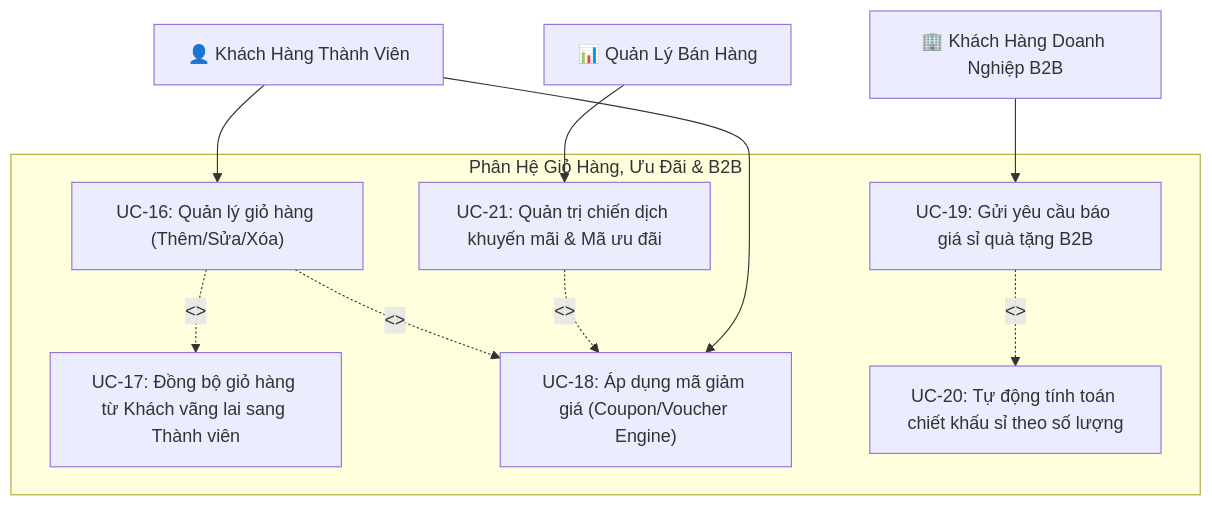
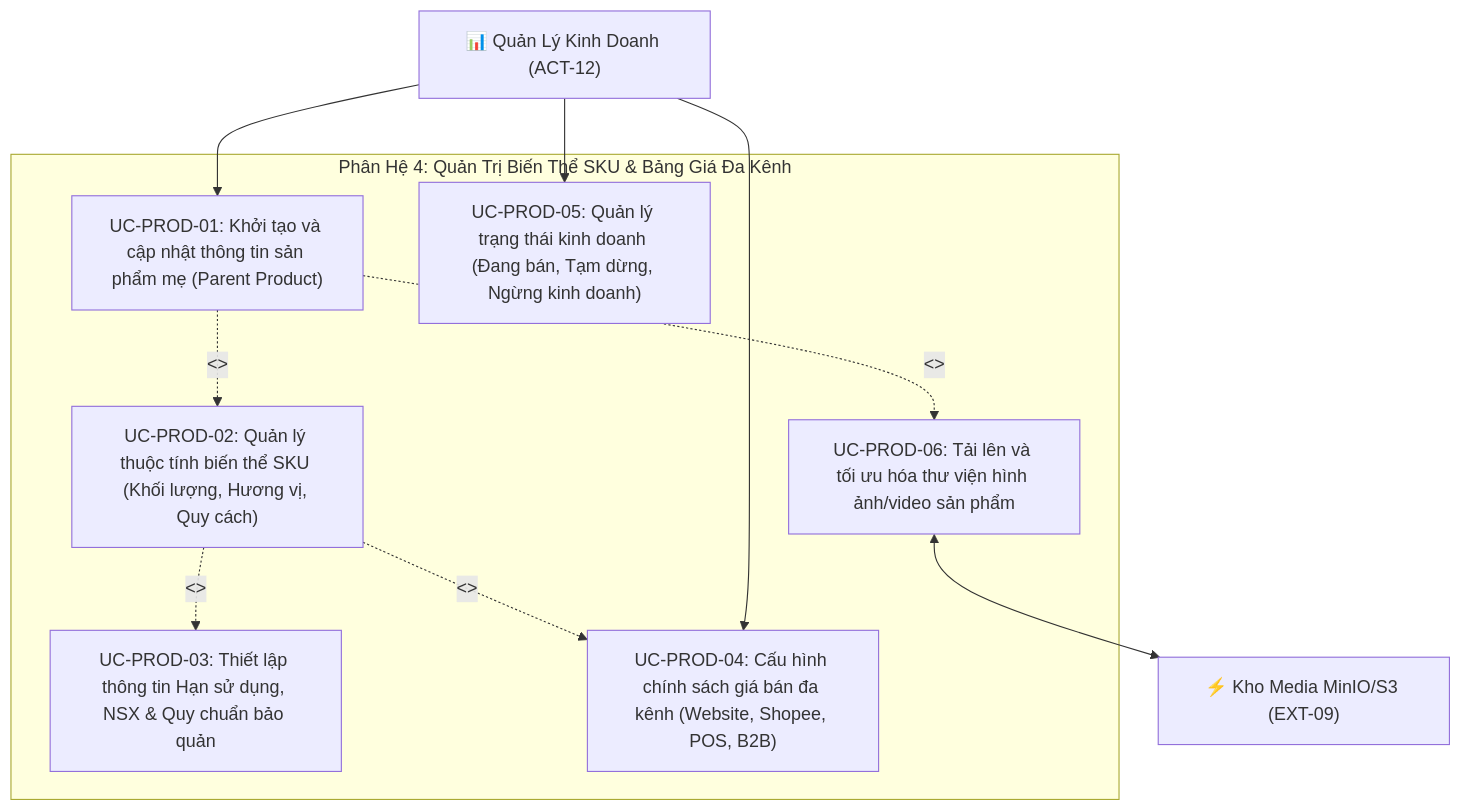
One commit to hvduong2k5/DUT.PBL6 changed the sixth of 16 diagrams in docs/01_requirements/use_case_specification.md. Above: the diagram before and after it, drawn with Mermaid. The commit also changed other lines of this file, not shown here.

````diff
--- a/docs/01_requirements/use_case_specification.md
+++ b/docs/01_requirements/use_case_specification.md
@@ -289,26 +500,25 @@
 ```mermaid
 graph TB
-    Customer["👤 Khách Hàng Thành Viên"]
-    B2B["🏢 Khách Hàng Doanh Nghiệp B2B"]
-    Manager["📊 Quản Lý Bán Hàng"]
+    SalesMgr["📊 Quản Lý Kinh Doanh (ACT-12)"]
+    Ext_Storage["⚡ Kho Media MinIO/S3 (EXT-09)"]
 
-    subgraph Cart_Subsystem ["Phân Hệ Giỏ Hàng, Ưu Đãi & B2B"]
-        UC16["UC-16: Quản lý giỏ hàng (Thêm/Sửa/Xóa)"]
-        UC17["UC-17: Đồng bộ giỏ hàng từ Khách vãng lai sang Thành viên"]
-        UC18["UC-18: Áp dụng mã giảm giá (Coupon/Voucher Engine)"]
-        UC19["UC-19: Gửi yêu cầu báo giá sỉ quà tặng B2B"]
-        UC20["UC-20: Tự động tính toán chiết khấu sỉ theo số lượng"]
-        UC21["UC-21: Quản trị chiến dịch khuyến mãi & Mã ưu đãi"]
+    subgraph Subsystem_Catalog ["Phân Hệ 4: Quản Trị Biến Thể SKU & Bảng Giá Đa Kênh"]
+        UC_PROD_01["UC-PROD-01: Khởi tạo và cập nhật thông tin sản phẩm mẹ (Parent Product)"]
+        UC_PROD_02["UC-PROD-02: Quản lý thuộc tính biến thể SKU (Khối lượng, Hương vị, Quy cách)"]
+        UC_PROD_03["UC-PROD-03: Thiết lập thông tin Hạn sử dụng, NSX & Quy chuẩn bảo quản"]
+        UC_PROD_04["UC-PROD-04: Cấu hình chính sách giá bán đa kênh (Website, Shopee, POS, B2B)"]
+        UC_PROD_05["UC-PROD-05: Quản lý trạng thái kinh doanh (Đang bán, Tạm dừng, Ngừng kinh doanh)"]
+        UC_PROD_06["UC-PROD-06: Tải lên và tối ưu hóa thư viện hình ảnh/video sản phẩm"]
 
-        UC16 -. "<<extend>>" .-> UC18
-        UC16 -. "<<include>>" .-> UC17
-        UC19 -. "<<include>>" .-> UC20
-        UC21 -. "<<extend>>" .-> UC18
+        UC_PROD_01 -. "<<include>>" .-> UC_PROD_02
+        UC_PROD_02 -. "<<include>>" .-> UC_PROD_03
+        UC_PROD_02 -. "<<include>>" .-> UC_PROD_04
+        UC_PROD_01 -. "<<include>>" .-> UC_PROD_06
     end
 
-    Customer --> UC16
-    Customer --> UC18
+    SalesMgr --> UC_PROD_01
+    SalesMgr --> UC_PROD_04
+    SalesMgr --> UC_PROD_05
 
-    B2B --> UC19
-    Manager --> UC21
+    UC_PROD_06 <--> Ext_Storage
 ```
````
